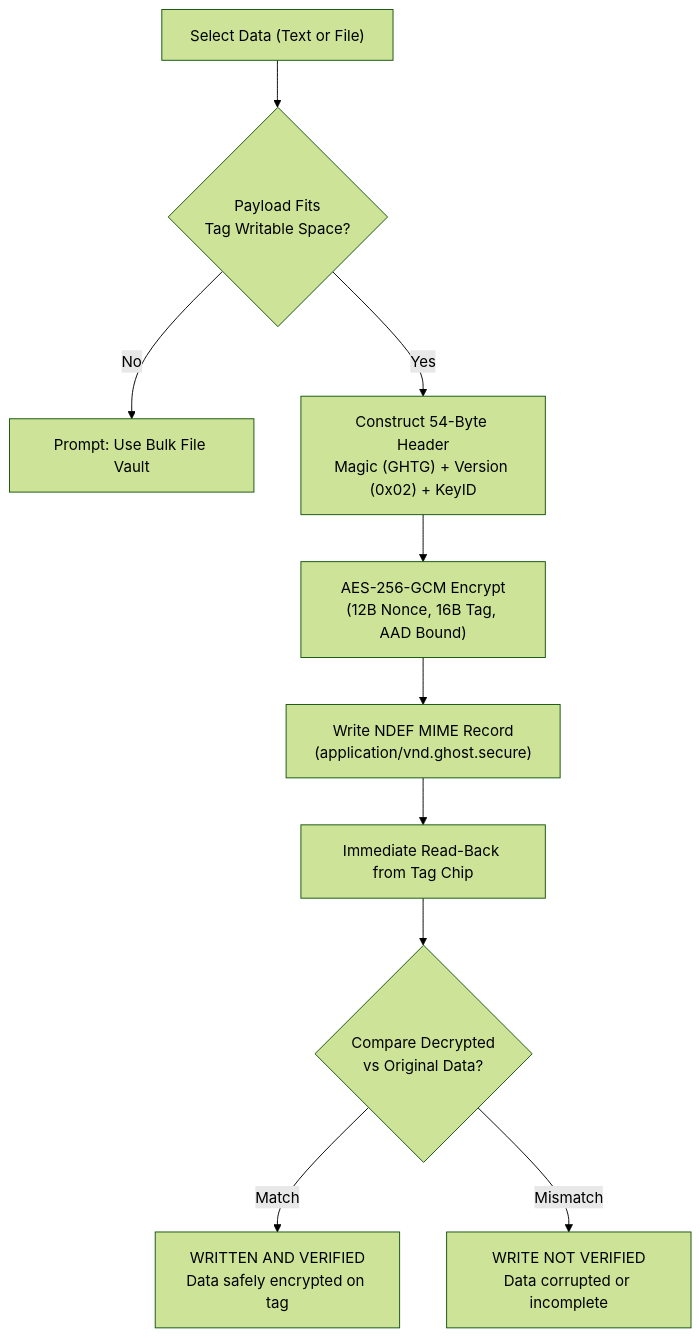
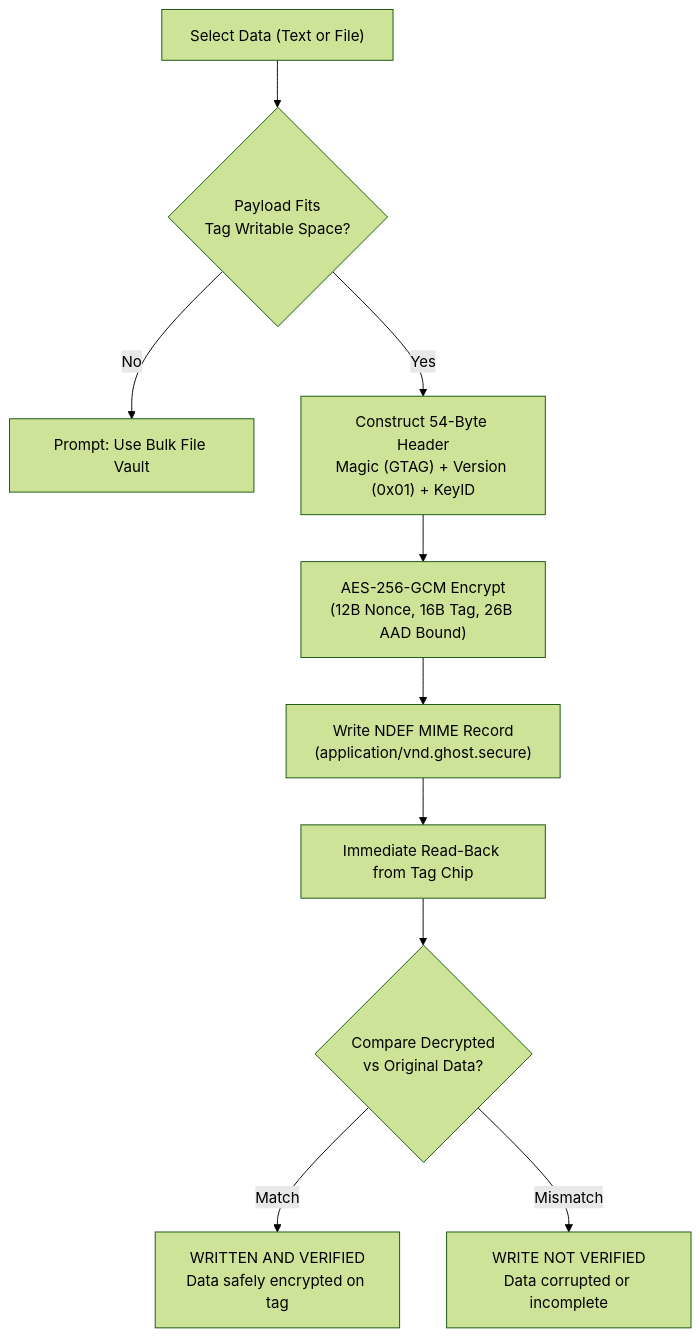
One commit to FROSTY-MUG/Ghost-Tag changed the third of 5 diagrams in README.md. Above: the diagram before and after it, drawn with Mermaid (forest theme). The commit also changed other lines of this file and 65 other files, not shown here.

````diff
--- a/README.md
+++ b/README.md
@@ -140,12 +147,12 @@
 ```mermaid
 flowchart TD
     StartWrite["Select Data (Text or File)"] --> CheckSize{"Payload Fits<br/>Tag Writable Space?"}
     CheckSize -- No --> AlertBulk["Prompt: Use Bulk File Vault"]
-    CheckSize -- Yes --> GenEnvelope["Construct 54-Byte Header<br/>Magic (GHTG) + Version (0x02) + KeyID"]
-    GenEnvelope --> EncryptPayload["AES-256-GCM Encrypt<br/>(12B Nonce, 16B Tag, AAD Bound)"]
+    CheckSize -- Yes --> GenEnvelope["Construct 54-Byte Header<br/>Magic (GTAG) + Version (0x01) + KeyID"]
+    GenEnvelope --> EncryptPayload["AES-256-GCM Encrypt<br/>(12B Nonce, 16B Tag, 26B AAD Bound)"]
     EncryptPayload --> WriteNDEF["Write NDEF MIME Record<br/>(application/vnd.ghost.secure)"]
     WriteNDEF --> ReadBack["Immediate Read-Back from Tag Chip"]
     ReadBack --> VerifyTag{"Compare Decrypted<br/>vs Original Data?"}
     VerifyTag -- Match --> DoneSuccess["WRITTEN AND VERIFIED<br/>Data safely encrypted on tag"]
     VerifyTag -- Mismatch --> AlertFail["WRITE NOT VERIFIED<br/>Data corrupted or incomplete"]
 ```
````
